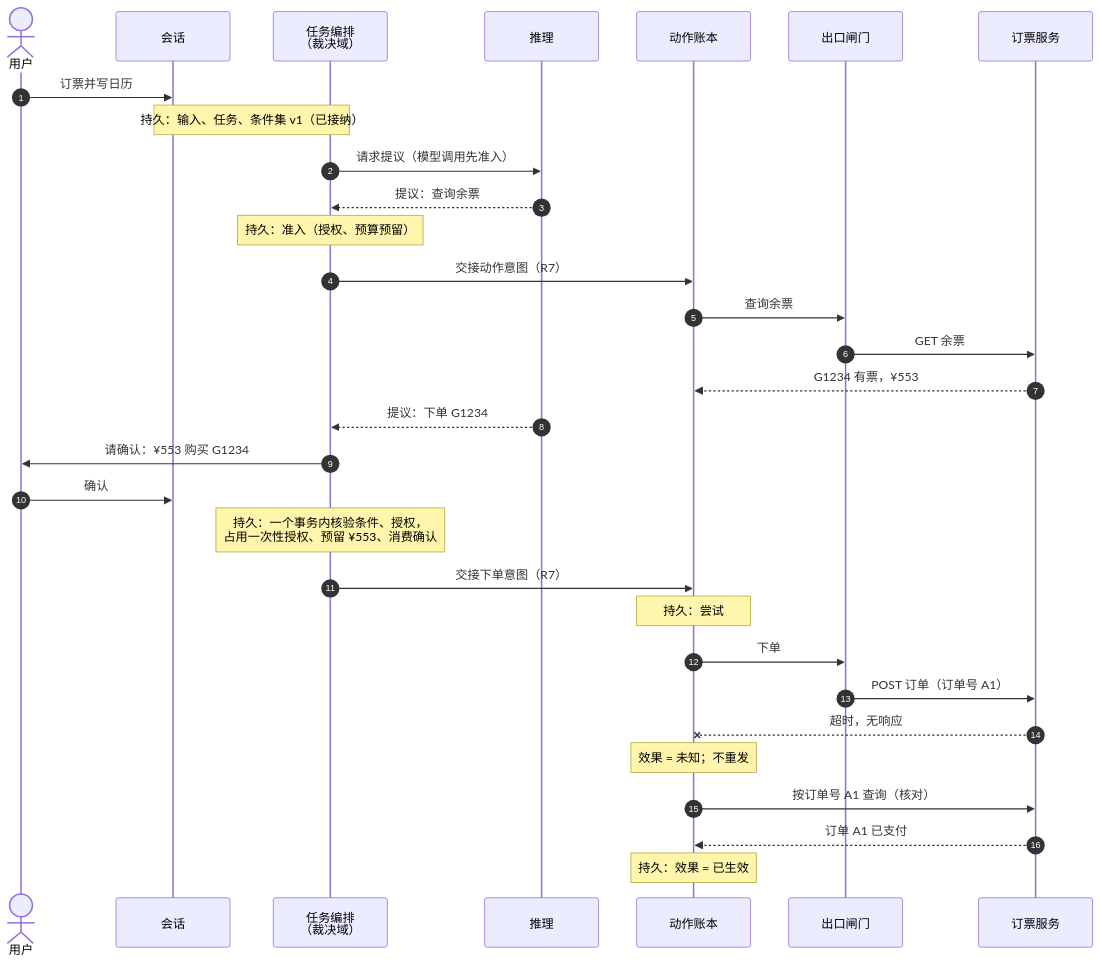
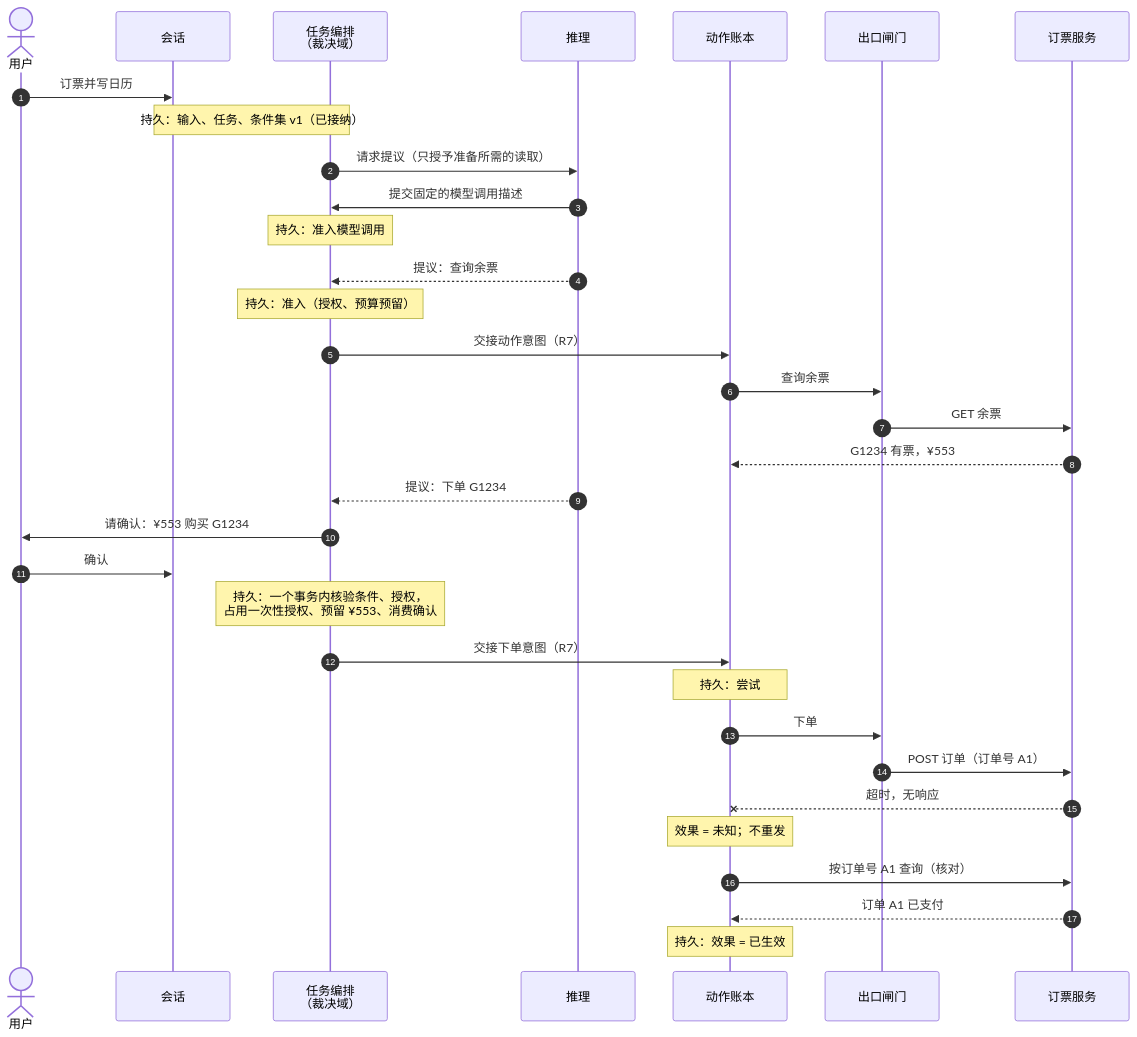
The third of 5 diagrams in docs/architecture/overview.md (ruipengliu/lerna), drawn with Mermaid before and after one commit. The commit also changed other lines of this file and 18 other files, not shown here.

````diff
--- a/docs/architecture/overview.md
+++ b/docs/architecture/overview.md
@@ -131,33 +148,35 @@
 ```mermaid
 sequenceDiagram
     autonumber
     actor U as 用户
     participant S as 会话
     participant T as 任务编排<br/>（裁决域）
     participant R as 推理
     participant L as 动作账本
     participant E as 出口闸门
     participant X as 订票服务
     U->>S: 订票并写日历
     Note over S,T: 持久：输入、任务、条件集 v1（已接纳）
-    T->>R: 请求提议（模型调用先准入）
+    T->>R: 请求提议（只授予准备所需的读取）
+    R->>T: 提交固定的模型调用描述
+    Note over T: 持久：准入模型调用
     R-->>T: 提议：查询余票
     Note over T: 持久：准入（授权、预算预留）
     T->>L: 交接动作意图（R7）
     L->>E: 查询余票
     E->>X: GET 余票
     X-->>L: G1234 有票，¥553
     R-->>T: 提议：下单 G1234
     T->>U: 请确认：¥553 购买 G1234
     U->>S: 确认
     Note over T: 持久：一个事务内核验条件、授权，<br/>占用一次性授权、预留 ¥553、消费确认
     T->>L: 交接下单意图（R7）
     Note over L: 持久：尝试 #1，"可能已发出"
     L->>E: 下单
     E->>X: POST 订单（订单号 A1）
     X--xL: 超时，无响应
     Note over L: 效果 = 未知；不重发
     L->>X: 按订单号 A1 查询（核对）
     X-->>L: 订单 A1 已支付
     Note over L: 持久：效果 = 已生效
 ```
````
